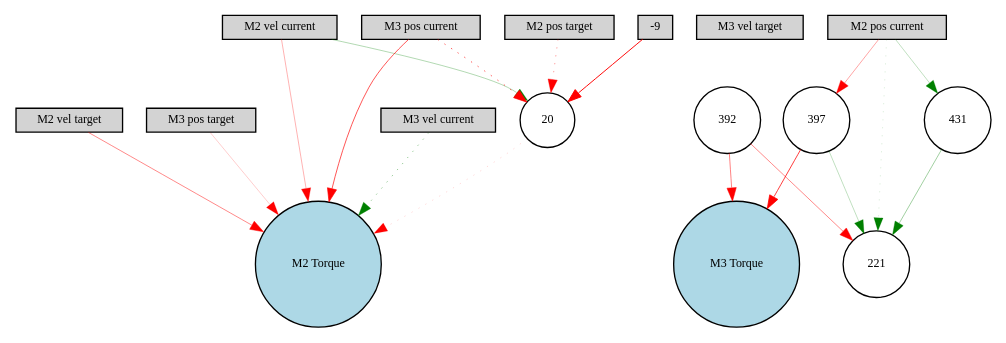
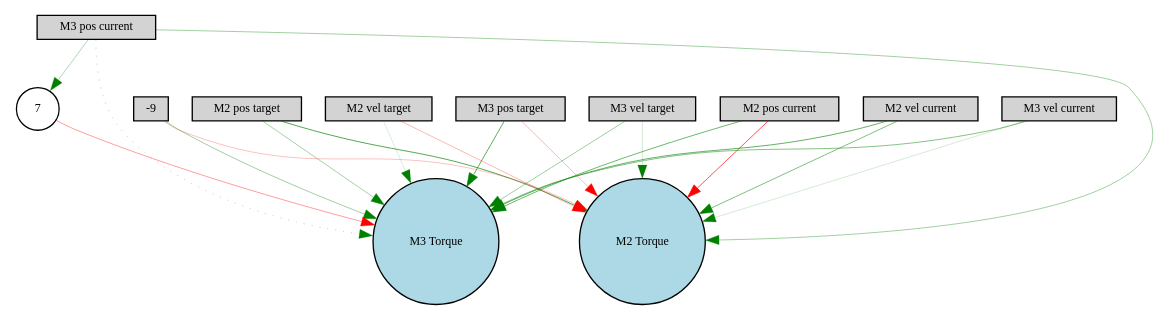
One commit to AdinAck/Robot-Arm changed the diagram in Digraph.gv. Above: the diagram before and after it, drawn with Graphviz. The commit also changed 9 other files, not shown here.

```diff
--- a/Digraph.gv
+++ b/Digraph.gv
@@ -1,37 +1,35 @@
 digraph {
 	node [fontsize=9 height=0.2 shape=circle width=0.2]
 	"M2 pos target" [fillcolor=lightgray shape=box style=filled]
 	"M2 vel target" [fillcolor=lightgray shape=box style=filled]
 	"M3 pos target" [fillcolor=lightgray shape=box style=filled]
 	"M3 vel target" [fillcolor=lightgray shape=box style=filled]
 	"M2 pos current" [fillcolor=lightgray shape=box style=filled]
 	"M2 vel current" [fillcolor=lightgray shape=box style=filled]
 	"M3 pos current" [fillcolor=lightgray shape=box style=filled]
 	"M3 vel current" [fillcolor=lightgray shape=box style=filled]
 	-9 [fillcolor=lightgray shape=box style=filled]
 	"M2 Torque" [fillcolor=lightblue style=filled]
 	"M3 Torque" [fillcolor=lightblue style=filled]
-	392 [fillcolor=white style=filled]
-	397 [fillcolor=white style=filled]
-	431 [fillcolor=white style=filled]
-	20 [fillcolor=white style=filled]
-	221 [fillcolor=white style=filled]
-	"M2 vel target" -> "M2 Torque" [color=red penwidth=0.34886886082235297 style=solid]
-	"M3 pos target" -> "M2 Torque" [color=red penwidth=0.15323068068516996 style=solid]
-	"M3 pos current" -> "M2 Torque" [color=red penwidth=0.5043045888066146 style=solid]
-	"M3 vel current" -> "M2 Torque" [color=green penwidth=0.3231511337172892 style=dotted]
-	"M2 pos target" -> 20 [color=red penwidth=0.28188046462106797 style=dotted]
-	20 -> "M2 Torque" [color=red penwidth=0.11858755603229522 style=dotted]
-	-9 -> 20 [color=red penwidth=0.7242197661841427 style=solid]
-	"M2 vel current" -> "M2 Torque" [color=red penwidth=0.22752122964765978 style=solid]
-	"M2 pos current" -> 221 [color=green penwidth=0.10303342951478402 style=dotted]
-	"M2 vel current" -> 20 [color=green penwidth=0.22847884582768369 style=solid]
-	392 -> "M3 Torque" [color=red penwidth=0.3693777254358501 style=solid]
-	"M2 pos current" -> 397 [color=red penwidth=0.26914003562039324 style=solid]
-	397 -> 221 [color=green penwidth=0.19357697388238249 style=solid]
-	397 -> "M3 Torque" [color=red penwidth=0.5659626590991597 style=solid]
-	"M2 pos current" -> 431 [color=green penwidth=0.18577156256413024 style=solid]
-	431 -> 221 [color=green penwidth=0.2820562746487215 style=solid]
-	"M3 pos current" -> 20 [color=red penwidth=0.49821423933294295 style=dotted]
-	392 -> 221 [color=red penwidth=0.3518965940989507 style=solid]
+	7 [fillcolor=white style=filled]
+	"M2 pos target" -> "M2 Torque" [color=green penwidth=0.5068297208465673 style=solid]
+	"M2 pos target" -> "M3 Torque" [color=green penwidth=0.27395974117874144 style=solid]
+	"M2 vel target" -> "M2 Torque" [color=red penwidth=0.21541280041764024 style=solid]
+	"M2 vel target" -> "M3 Torque" [color=green penwidth=0.11913253154398437 style=solid]
+	"M3 pos target" -> "M2 Torque" [color=red penwidth=0.22465510675054107 style=solid]
+	"M3 pos target" -> "M3 Torque" [color=green penwidth=0.4752102690411386 style=solid]
+	"M3 vel target" -> "M2 Torque" [color=green penwidth=0.13845182166980466 style=solid]
+	"M3 vel target" -> "M3 Torque" [color=green penwidth=0.293006859800063 style=solid]
+	"M2 pos current" -> "M2 Torque" [color=red penwidth=0.510926749267019 style=solid]
+	"M2 pos current" -> "M3 Torque" [color=green penwidth=0.42728419968301545 style=solid]
+	"M2 vel current" -> "M2 Torque" [color=green penwidth=0.3809317479951406 style=solid]
+	"M2 vel current" -> "M3 Torque" [color=green penwidth=0.459521623401028 style=solid]
+	"M3 pos current" -> "M2 Torque" [color=green penwidth=0.283946972129628 style=solid]
+	"M3 pos current" -> "M3 Torque" [color=green penwidth=0.1933786596950886 style=dotted]
+	"M3 vel current" -> "M2 Torque" [color=green penwidth=0.1259170418628265 style=solid]
+	"M3 vel current" -> "M3 Torque" [color=green penwidth=0.35963696339423024 style=solid]
+	-9 -> "M2 Torque" [color=red penwidth=0.1852453973324653 style=solid]
+	-9 -> "M3 Torque" [color=green penwidth=0.2772220477557669 style=solid]
+	"M3 pos current" -> 7 [color=green penwidth=0.24158535627884295 style=solid]
+	7 -> "M3 Torque" [color=red penwidth=0.2872050119639308 style=solid]
 }
```
